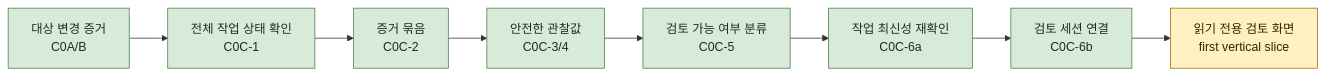
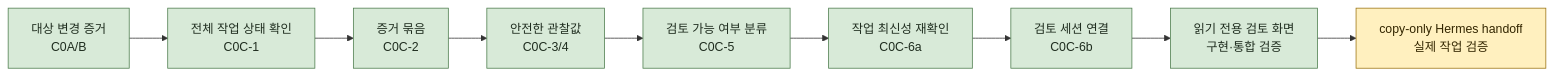
Before and after one commit to 1412moo/jarvis-core: the second of 2 diagrams in docs/master-plan.md, drawn with Mermaid. The commit also changed other lines of this file and 5 other files, not shown here.

````diff
--- a/docs/master-plan.md
+++ b/docs/master-plan.md
@@ -129,16 +130,17 @@
 ```mermaid
 flowchart LR
     A["대상 변경 증거<br/>C0A/B"] --> B["전체 작업 상태 확인<br/>C0C-1"]
     B --> C["증거 묶음<br/>C0C-2"]
     C --> D["안전한 관찰값<br/>C0C-3/4"]
     D --> E["검토 가능 여부 분류<br/>C0C-5"]
     E --> F["작업 최신성 재확인<br/>C0C-6a"]
     F --> G["검토 세션 연결<br/>C0C-6b"]
-    G --> H["읽기 전용 검토 화면<br/>first vertical slice"]
+    G --> H["읽기 전용 검토 화면<br/>구현·통합 검증"]
+    H --> I["copy-only Hermes handoff<br/>실제 작업 검증"]
 
     classDef done fill:#d8ead8,stroke:#4d7d4d,color:#1f2d1f;
     classDef current fill:#fff0bf,stroke:#9b7412,color:#332600;
     classDef future fill:#e8e8e8,stroke:#777,color:#222;
-    class A,B,C,D,E,F,G done;
-    class H current;
+    class A,B,C,D,E,F,G,H done;
+    class I current;
 ```
````
